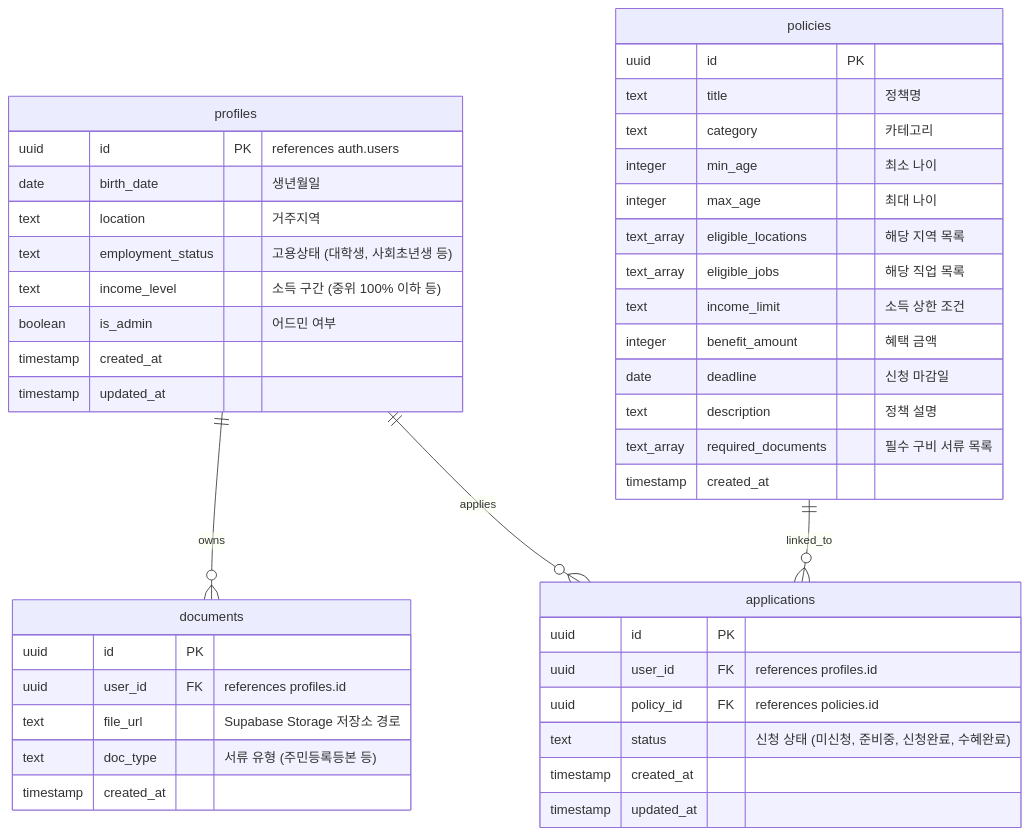
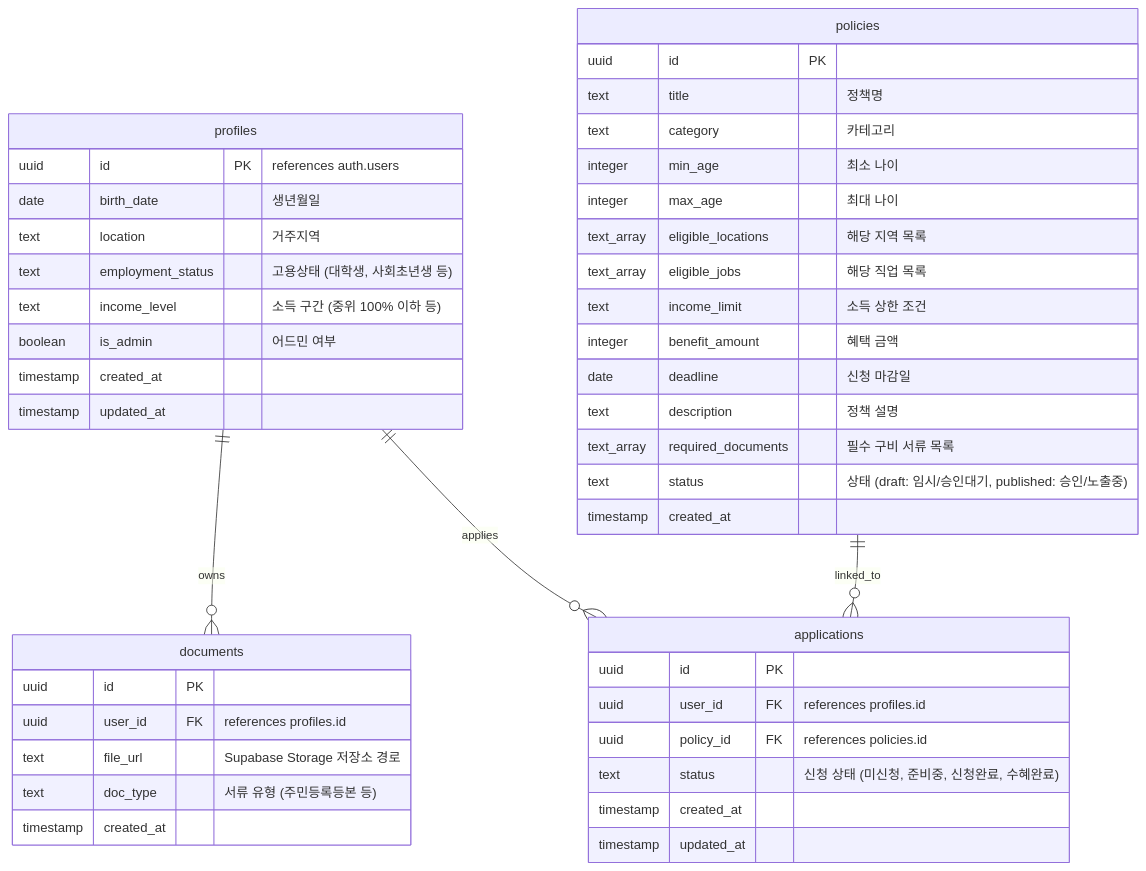
The third of 3 diagrams in PRD.md (gaahyuk/AI-Co-creation), drawn with Mermaid before and after one commit. The commit also changed other lines of this file, not shown here.

````diff
--- a/PRD.md
+++ b/PRD.md
@@ -227,50 +255,52 @@
 ```mermaid
 erDiagram
     profiles ||--o{ documents : owns
     profiles ||--o{ applications : applies
     policies ||--o{ applications : linked_to
     
     profiles {
         uuid id PK "references auth.users"
         date birth_date "생년월일"
         text location "거주지역"
         text employment_status "고용상태 (대학생, 사회초년생 등)"
         text income_level "소득 구간 (중위 100% 이하 등)"
         boolean is_admin "어드민 여부"
         timestamp created_at
         timestamp updated_at
     }
 
     policies {
         uuid id PK
         text title "정책명"
         text category "카테고리"
         integer min_age "최소 나이"
         integer max_age "최대 나이"
         text_array eligible_locations "해당 지역 목록"
         text_array eligible_jobs "해당 직업 목록"
         text income_limit "소득 상한 조건"
         integer benefit_amount "혜택 금액"
         date deadline "신청 마감일"
         text description "정책 설명"
         text_array required_documents "필수 구비 서류 목록"
+        text status "상태 (draft: 임시/승인대기, published: 승인/노출중)"
         timestamp created_at
     }
+
 
     documents {
         uuid id PK
         uuid user_id FK "references profiles.id"
         text file_url "Supabase Storage 저장소 경로"
         text doc_type "서류 유형 (주민등록등본 등)"
         timestamp created_at
     }
 
     applications {
         uuid id PK
         uuid user_id FK "references profiles.id"
         uuid policy_id FK "references policies.id"
         text status "신청 상태 (미신청, 준비중, 신청완료, 수혜완료)"
         timestamp created_at
         timestamp updated_at
     }
 ```
````
